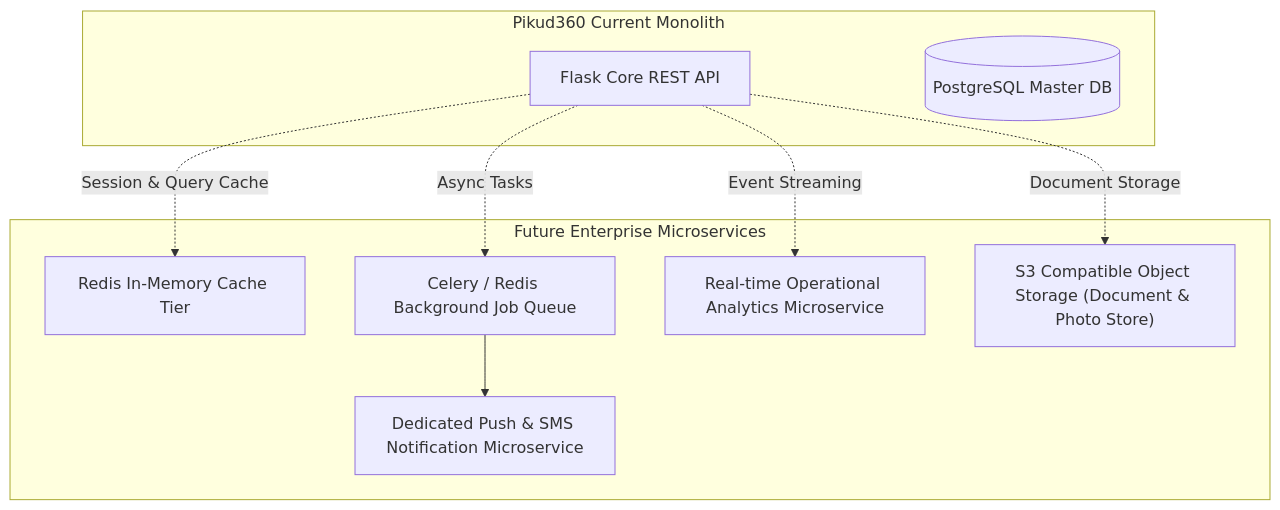
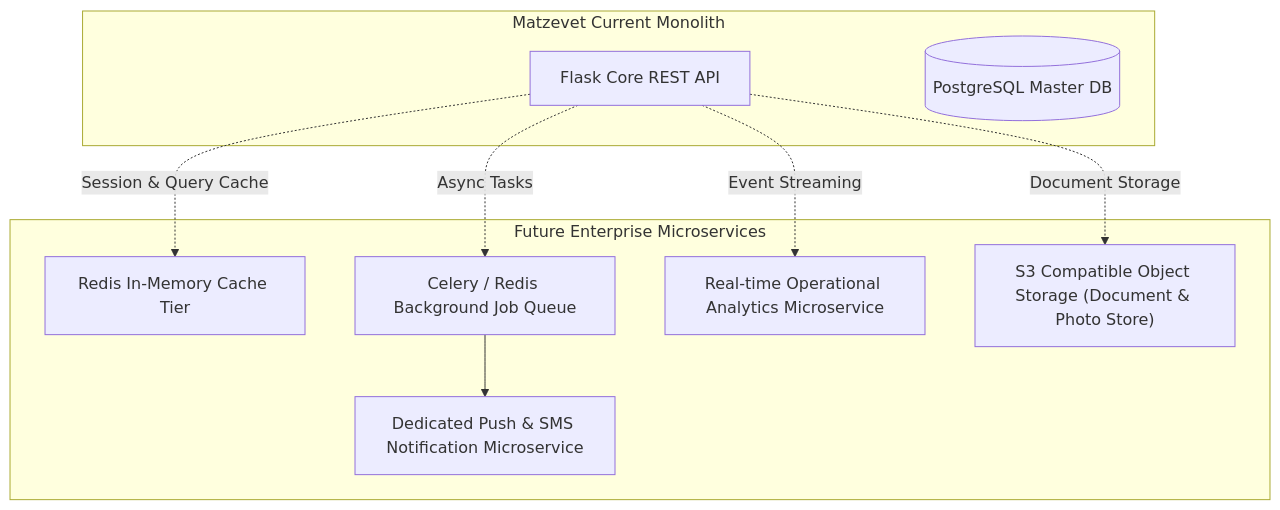
Before and after one commit to ZtviYehuda/Pikud360: the ninth of 9 diagrams in system_architecture_documentation.md, drawn with Mermaid. The commit also changed other lines of this file and 551 other files, not shown here.

````diff
--- a/system_architecture_documentation.md
+++ b/system_architecture_documentation.md
@@ -544,21 +544,21 @@
 ```mermaid
 graph TD
-    subgraph CoreSystem["Pikud360 Current Monolith"]
+    subgraph CoreSystem["Matzevet Current Monolith"]
         CoreAPI["Flask Core REST API"]
         CoreDB[("PostgreSQL Master DB")]
     end
 
     subgraph ExpansionModules["Future Enterprise Microservices"]
         RedisCache["Redis In-Memory Cache Tier"]
         CeleryWorkers["Celery / Redis Background Job Queue"]
         NotificationEngine["Dedicated Push & SMS Notification Microservice"]
         AnalyticsEngine["Real-time Operational Analytics Microservice"]
         FileStore["S3 Compatible Object Storage (Document & Photo Store)"]
     end
 
     CoreAPI -.->|Session & Query Cache| RedisCache
     CoreAPI -.->|Async Tasks| CeleryWorkers
     CeleryWorkers --> NotificationEngine
     CoreAPI -.->|Event Streaming| AnalyticsEngine
     CoreAPI -.->|Document Storage| FileStore
 ```
````
